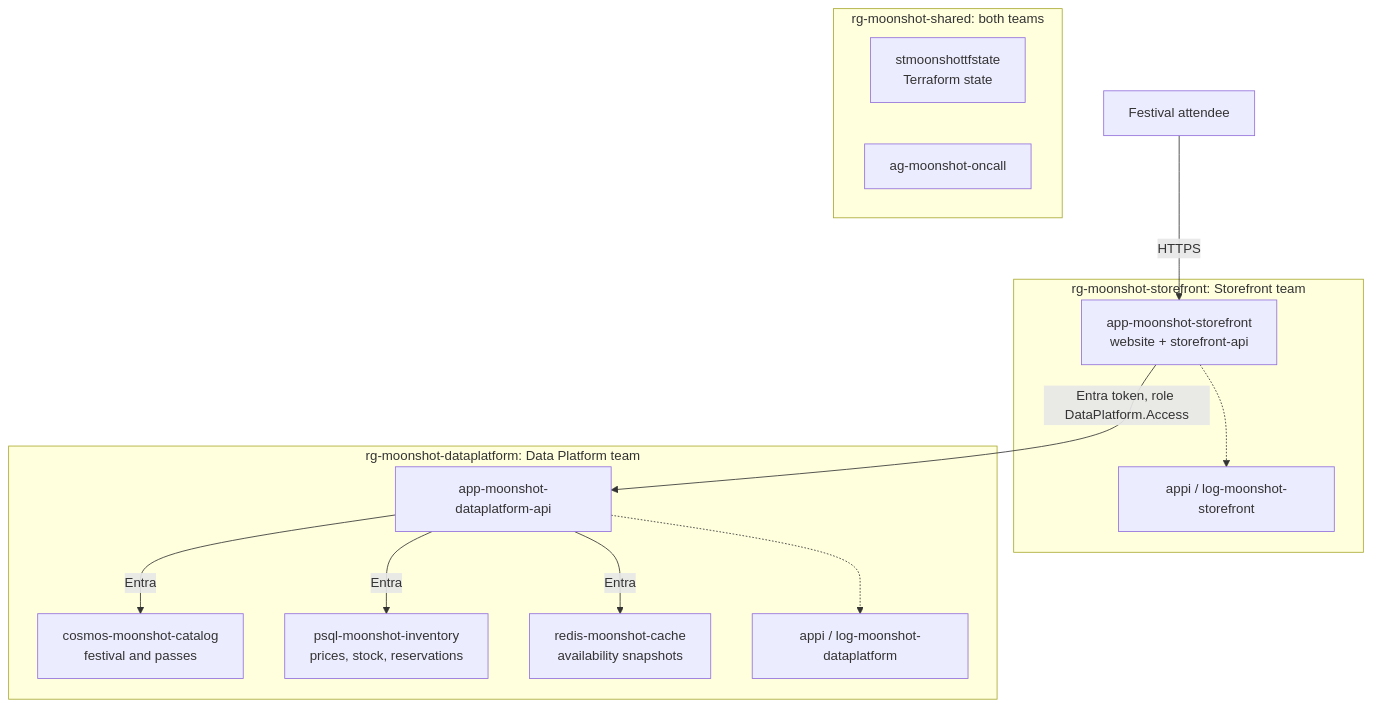
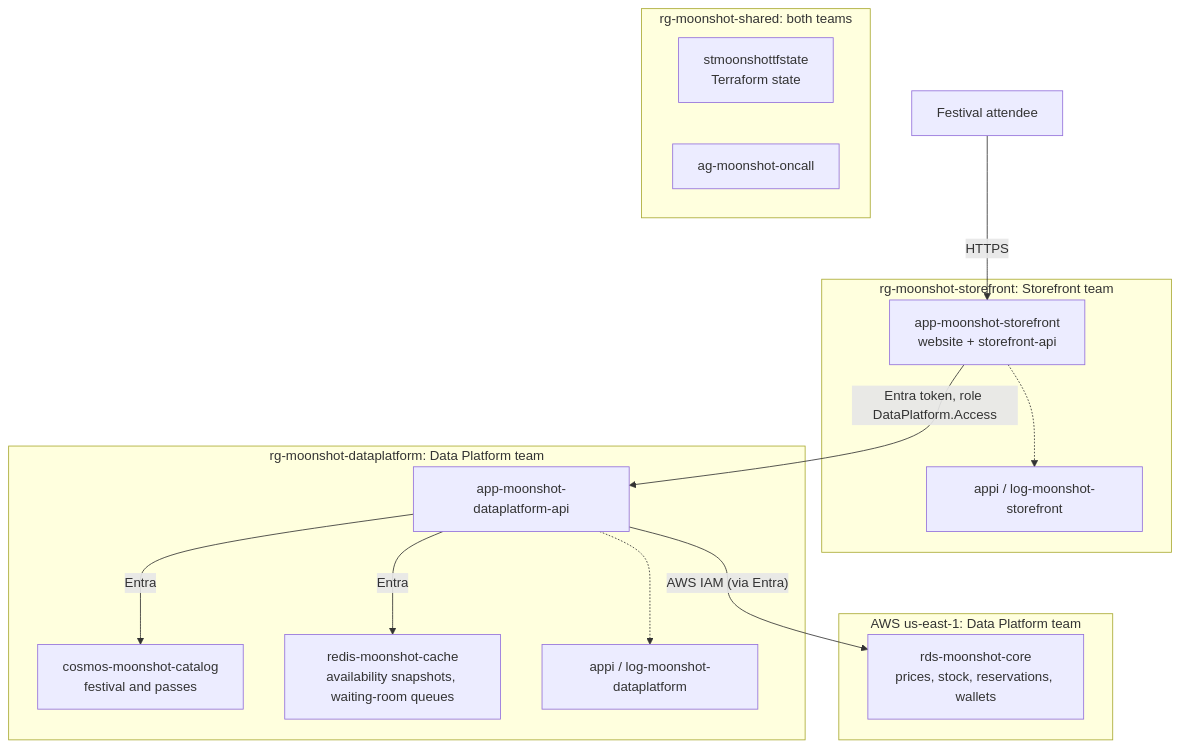
The first of 2 diagrams in README.md (sanchitmehta/moonshot-concert), drawn with Mermaid before and after one commit. The commit also changed other lines of this file and 6 other files, not shown here.

First line of the commit message:
fix(data-platform): keep the RDS administrator's password sign-in, and retire Azure PostgreSQL

````diff
--- a/README.md
+++ b/README.md
@@ -252,25 +261,27 @@
 ```mermaid
 flowchart TB
     Guest["Festival attendee"] -->|HTTPS| Storefront
     subgraph SF["rg-moonshot-storefront: Storefront team"]
         Storefront["app-moonshot-storefront<br/>website + storefront-api"]
         SFMon["appi / log-moonshot-storefront"]
     end
     subgraph DP["rg-moonshot-dataplatform: Data Platform team"]
         DataApi["app-moonshot-dataplatform-api"]
         Cosmos["cosmos-moonshot-catalog<br/>festival and passes"]
-        Postgres["psql-moonshot-inventory<br/>prices, stock, reservations"]
-        Redis["redis-moonshot-cache<br/>availability snapshots"]
+        Redis["redis-moonshot-cache<br/>availability snapshots, waiting-room queues"]
         DPMon["appi / log-moonshot-dataplatform"]
+    end
+    subgraph AWS["AWS us-east-1: Data Platform team"]
+        Core["rds-moonshot-core<br/>prices, stock, reservations, wallets"]
     end
     subgraph SH["rg-moonshot-shared: both teams"]
         State["stmoonshottfstate<br/>Terraform state"]
         OnCall["ag-moonshot-oncall"]
     end
     Storefront -->|"Entra token, role DataPlatform.Access"| DataApi
     DataApi -->|Entra| Cosmos
-    DataApi -->|Entra| Postgres
+    DataApi -->|"AWS IAM (via Entra)"| Core
     DataApi -->|Entra| Redis
     Storefront -.-> SFMon
     DataApi -.-> DPMon
 ```
````
